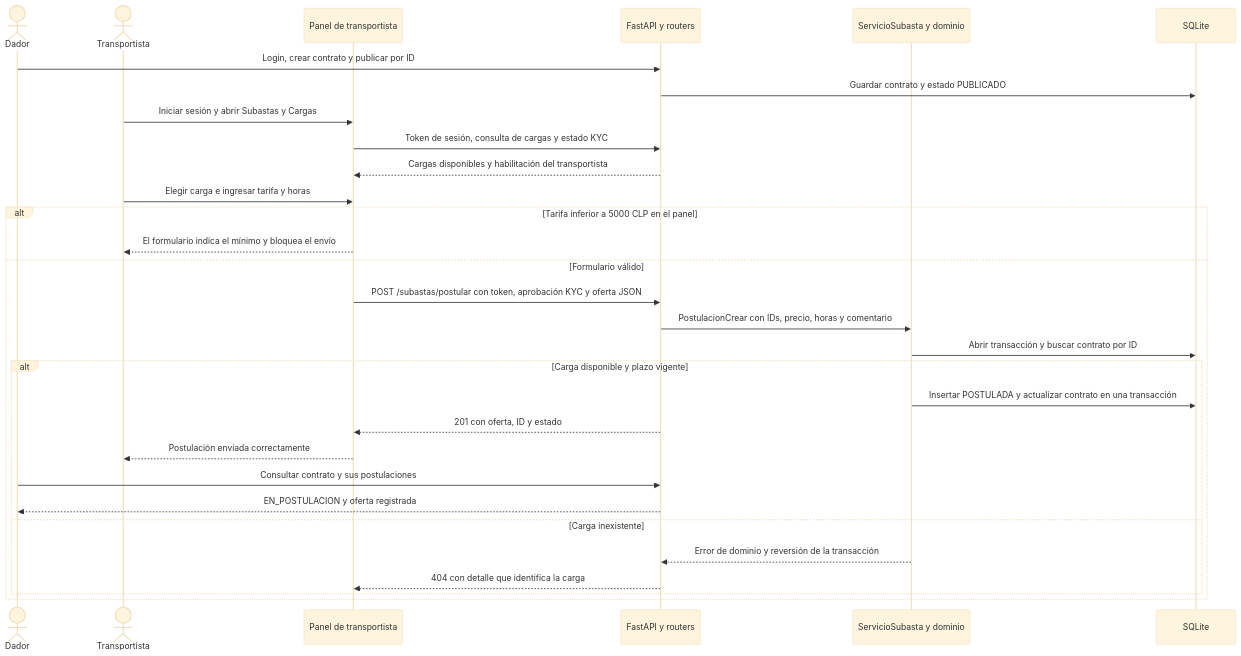
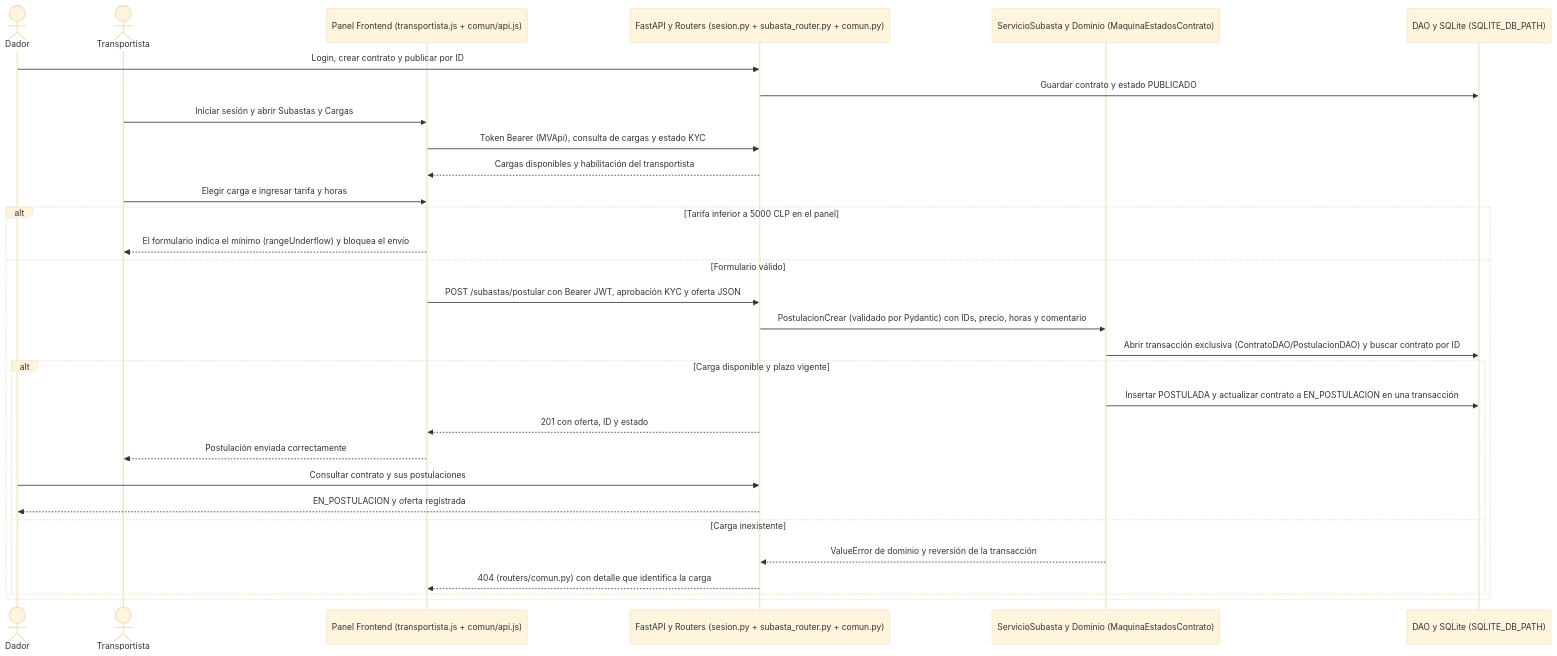
One commit to hamburgetestudent/Camiones_contratos changed the diagram in docs/integracion-postulacion.md. Above: the diagram before and after it, drawn with Mermaid (base theme). The commit also changed other lines of this file and 2 other files, not shown here.

Commit message:
doc("Documentación de la integración de postulación")

````diff
--- a/docs/integracion-postulacion.md
+++ b/docs/integracion-postulacion.md
@@ -7,32 +7,32 @@
 ```mermaid
 sequenceDiagram
     actor D as Dador
     actor T as Transportista
-    participant P as Panel de transportista
-    participant A as FastAPI y routers
-    participant S as ServicioSubasta y dominio
-    participant B as SQLite
+    participant P as Panel Frontend (transportista.js + comun/api.js)
+    participant A as FastAPI y Routers (sesion.py + subasta_router.py + comun.py)
+    participant S as ServicioSubasta y Dominio (MaquinaEstadosContrato)
+    participant B as DAO y SQLite (SQLITE_DB_PATH)
     D->>A: Login, crear contrato y publicar por ID
     A->>B: Guardar contrato y estado PUBLICADO
     T->>P: Iniciar sesión y abrir Subastas y Cargas
-    P->>A: Token de sesión, consulta de cargas y estado KYC
+    P->>A: Token Bearer (MVApi), consulta de cargas y estado KYC
     A-->>P: Cargas disponibles y habilitación del transportista
     T->>P: Elegir carga e ingresar tarifa y horas
     alt Tarifa inferior a 5000 CLP en el panel
-        P-->>T: El formulario indica el mínimo y bloquea el envío
+        P-->>T: El formulario indica el mínimo (rangeUnderflow) y bloquea el envío
     else Formulario válido
-        P->>A: POST /subastas/postular con token, aprobación KYC y oferta JSON
-        A->>S: PostulacionCrear con IDs, precio, horas y comentario
-        S->>B: Abrir transacción y buscar contrato por ID
+        P->>A: POST /subastas/postular con Bearer JWT, aprobación KYC y oferta JSON
+        A->>S: PostulacionCrear (validado por Pydantic) con IDs, precio, horas y comentario
+        S->>B: Abrir transacción exclusiva (ContratoDAO/PostulacionDAO) y buscar contrato por ID
         alt Carga disponible y plazo vigente
-            S->>B: Insertar POSTULADA y actualizar contrato en una transacción
+            S->>B: Insertar POSTULADA y actualizar contrato a EN_POSTULACION en una transacción
             A-->>P: 201 con oferta, ID y estado
             P-->>T: Postulación enviada correctamente
             D->>A: Consultar contrato y sus postulaciones
             A-->>D: EN_POSTULACION y oferta registrada
         else Carga inexistente
-            S-->>A: Error de dominio y reversión de la transacción
-            A-->>P: 404 con detalle que identifica la carga
+            S-->>A: ValueError de dominio y reversión de la transacción
+            A-->>P: 404 (routers/comun.py) con detalle que identifica la carga
         end
     end
 ```
````
